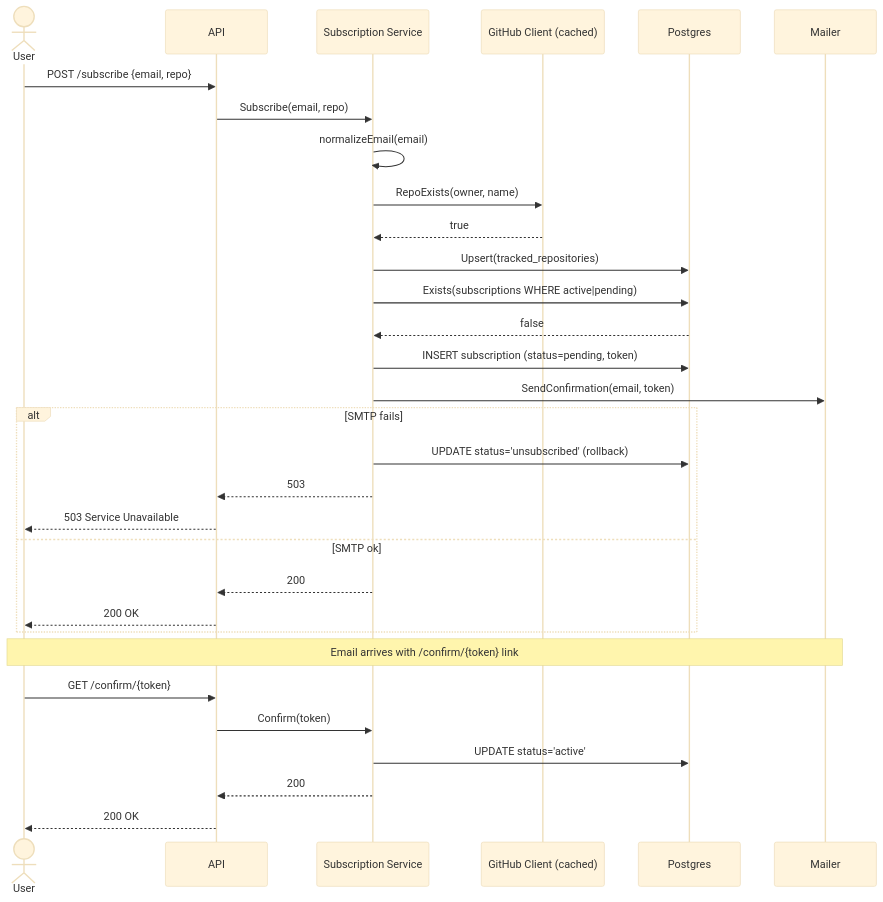
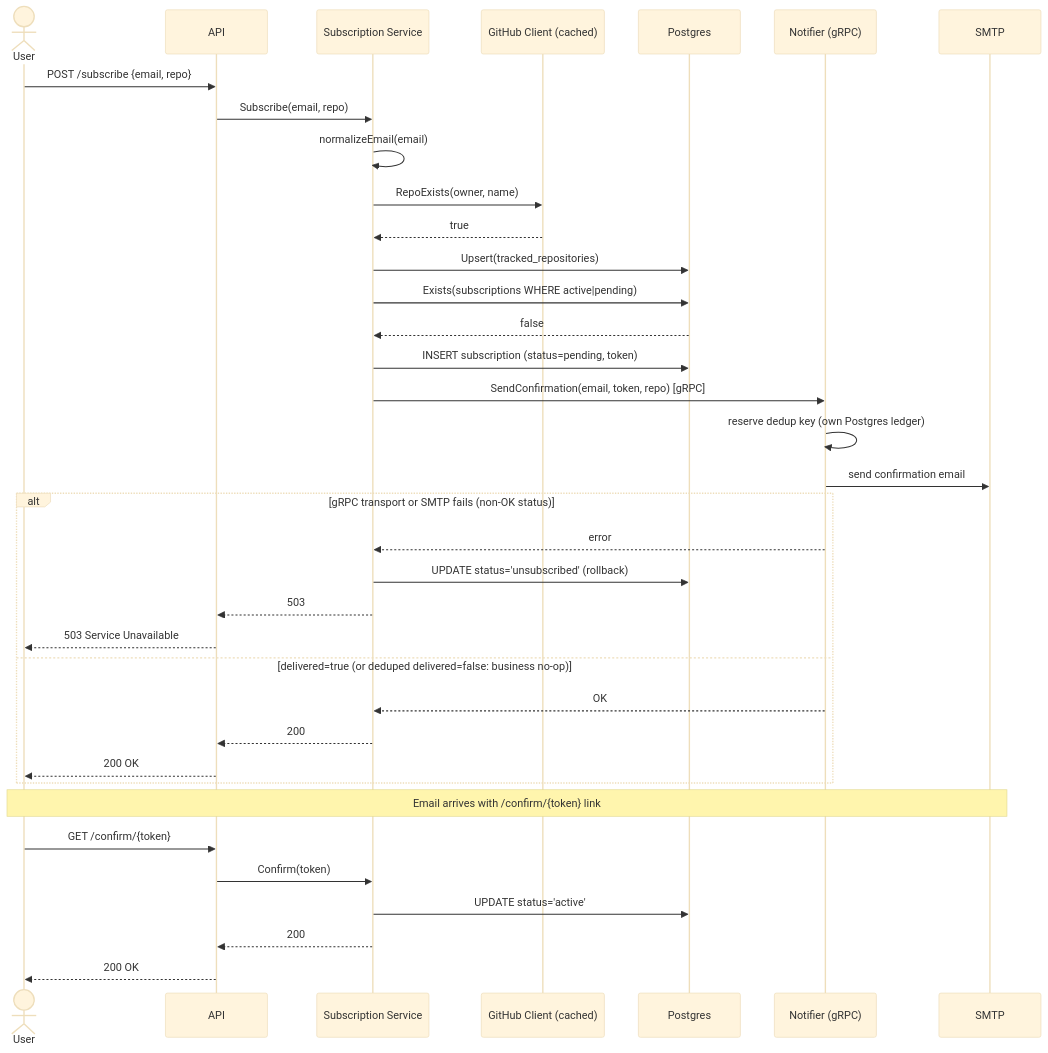
One commit to GenesisEducationKyiv/software-engineering-school-6-0-mashta-lilia changed the third of 5 diagrams in docs/system-design.md. Above: the diagram before and after it, drawn with Mermaid (base theme). The commit also changed other lines of this file and 45 other files, not shown here.

First line of the commit message:
feat: extract notification microservice behind gRPC with dedup ledger

````diff
--- a/docs/system-design.md
+++ b/docs/system-design.md
@@ -159,34 +180,39 @@
 ```mermaid
 sequenceDiagram
     actor U as User
     participant API as API
     participant S as Subscription Service
     participant GH as GitHub Client (cached)
     participant DB as Postgres
-    participant M as Mailer
+    participant N as Notifier (gRPC)
+    participant M as SMTP
 
     U->>API: POST /subscribe {email, repo}
     API->>S: Subscribe(email, repo)
     S->>S: normalizeEmail(email)
     S->>GH: RepoExists(owner, name)
     GH-->>S: true
     S->>DB: Upsert(tracked_repositories)
     S->>DB: Exists(subscriptions WHERE active|pending)
     DB-->>S: false
     S->>DB: INSERT subscription (status=pending, token)
-    S->>M: SendConfirmation(email, token)
-    alt SMTP fails
+    S->>N: SendConfirmation(email, token, repo)  [gRPC]
+    N->>N: reserve dedup key (own Postgres ledger)
+    N->>M: send confirmation email
+    alt gRPC transport or SMTP fails (non-OK status)
+        N-->>S: error
         S->>DB: UPDATE status='unsubscribed'  (rollback)
         S-->>API: 503
         API-->>U: 503 Service Unavailable
-    else SMTP ok
+    else delivered=true (or deduped delivered=false: business no-op)
+        N-->>S: OK
         S-->>API: 200
         API-->>U: 200 OK
     end
     Note over U,M: Email arrives with /confirm/{token} link
     U->>API: GET /confirm/{token}
     API->>S: Confirm(token)
     S->>DB: UPDATE status='active'
     S-->>API: 200
     API-->>U: 200 OK
 ```
````
